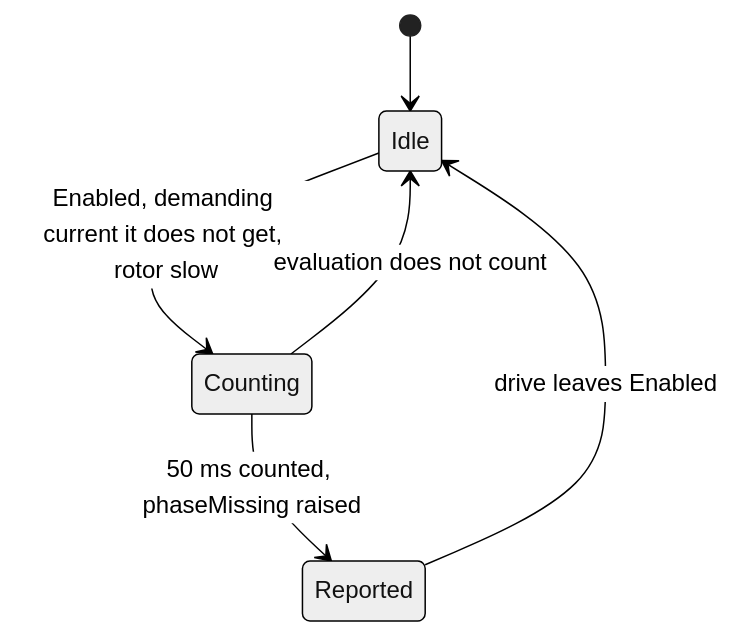
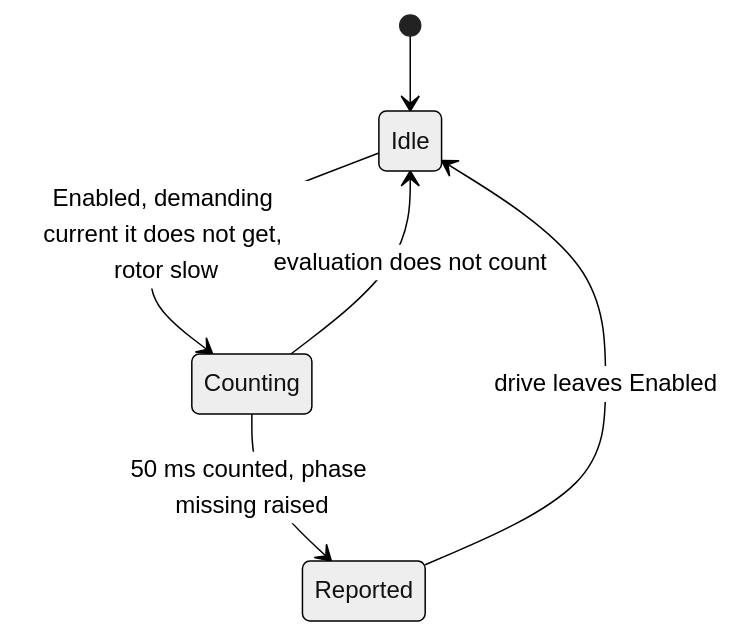
The second of 9 diagrams in documentation/design/fault-supervision.md (embedded-pro/e-foc), drawn with Mermaid (neutral theme) before and after one commit. The commit also changed other lines of this file and 37 other files, not shown here.

````diff
--- a/documentation/design/fault-supervision.md
+++ b/documentation/design/fault-supervision.md
@@ -179,8 +180,8 @@
 ```mermaid
 stateDiagram-v2
     [*] --> Idle
     Idle --> Counting : Enabled, demanding current it does not get, rotor slow
     Counting --> Idle : evaluation does not count
-    Counting --> Reported : 50 ms counted, phaseMissing raised
+    Counting --> Reported : 50 ms counted, phase missing raised
     Reported --> Idle : drive leaves Enabled
 ```
````
